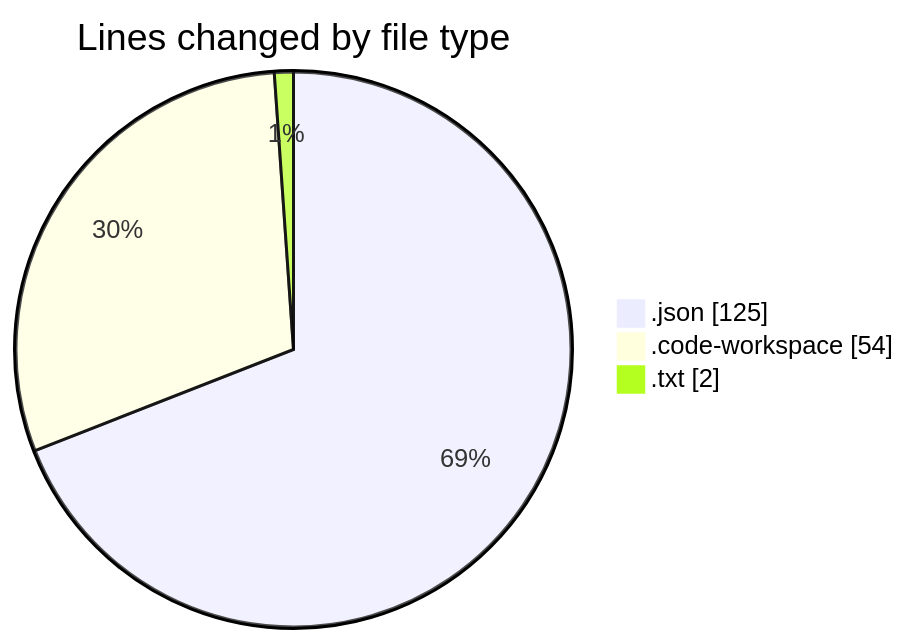
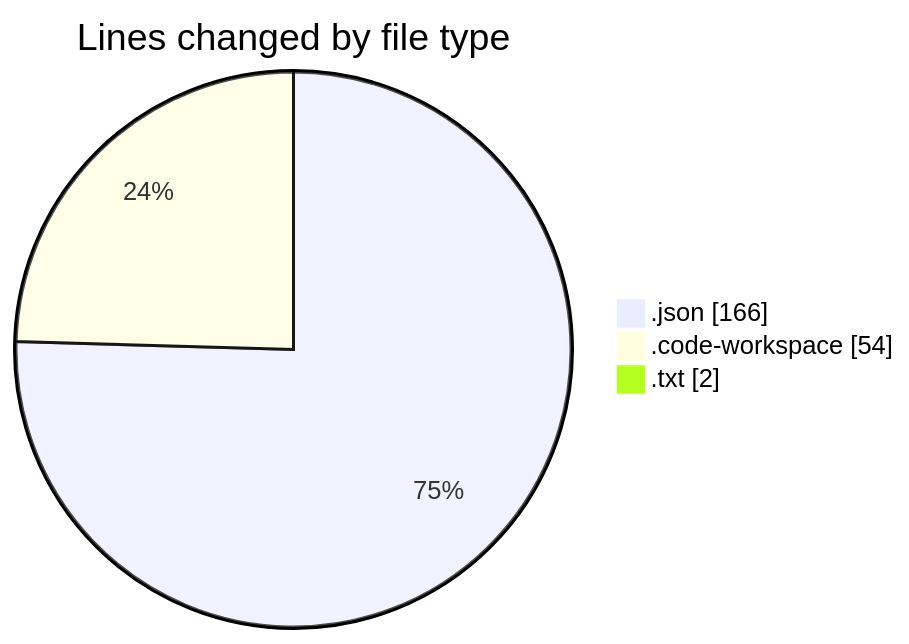
One commit to jadenblack/code-tracking changed the first of 2 diagrams in 2026-02-24/workbench__workspace_/README.md. Above: the diagram before and after it, drawn with Mermaid. The commit also changed other lines of this file and 1 other file, not shown here.

````diff
--- a/2026-02-24/workbench__workspace_/README.md
+++ b/2026-02-24/workbench__workspace_/README.md
@@ -22,7 +22,7 @@
 ```mermaid
 pie showData
 title Lines changed by file type
-".json" : 125
+".json" : 166
 ".code-workspace" : 54
 ".txt" : 2
 ```
````
